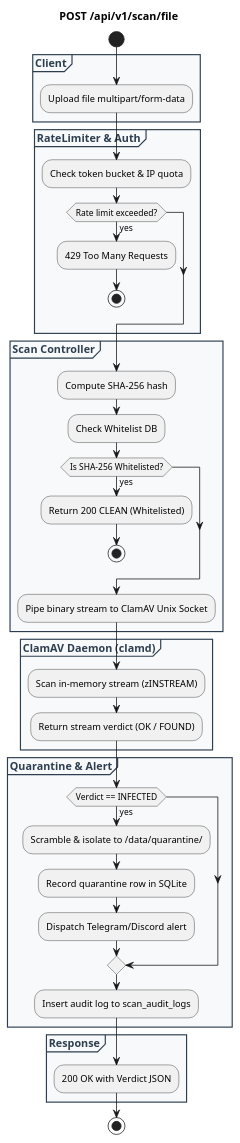
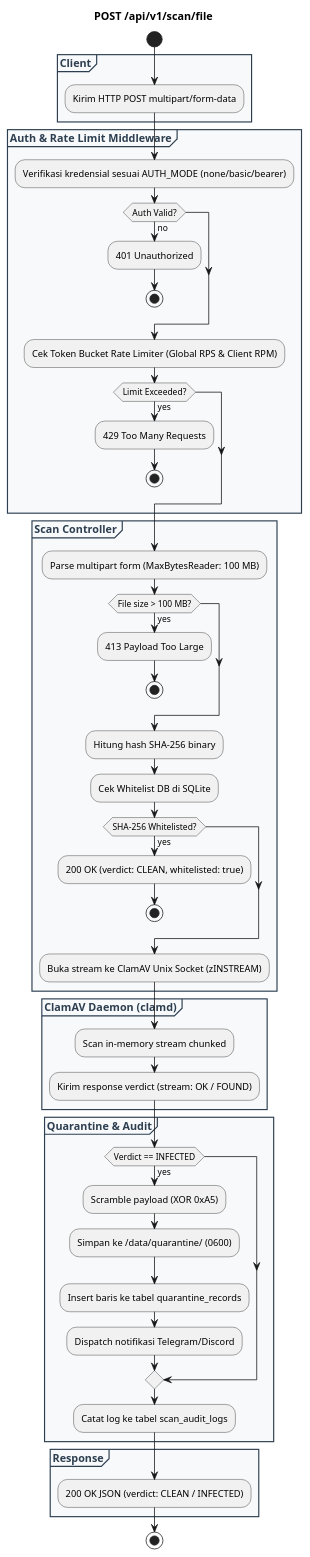
The diagram in .ai-doc/rest-api-doc/API-SPEC-01-POST-+api+v1+scan+file.md (vfat/vqf-clamav-service), drawn with PlantUML before and after one commit. The commit also changed other lines of this file and 15 other files, not shown here.

````diff
--- a/.ai-doc/rest-api-doc/API-SPEC-01-POST-+api+v1+scan+file.md
+++ b/.ai-doc/rest-api-doc/API-SPEC-01-POST-+api+v1+scan+file.md
@@ -13,56 +13,67 @@
 ```plantuml
 @startuml
 skinparam shadowing false
 skinparam partition {
     BackgroundColor #F8F9FA
     BorderColor #2C3E50
     FontColor #2C3E50
 }
 
 title **POST /api/v1/scan/file**
 
 start
 
 partition "**Client**" {
-    :Upload file multipart/form-data;
+    :Kirim HTTP POST multipart/form-data;
 }
 
-partition "**RateLimiter & Auth**" {
-    :Check token bucket & IP quota;
-    if (Rate limit exceeded?) then (yes)
+partition "**Auth & Rate Limit Middleware**" {
+    :Verifikasi kredensial sesuai AUTH_MODE (none/basic/bearer);
+    if (Auth Valid?) then (no)
+        :401 Unauthorized;
+        stop
+    endif
+    :Cek Token Bucket Rate Limiter (Global RPS & Client RPM);
+    if (Limit Exceeded?) then (yes)
         :429 Too Many Requests;
         stop
     endif
 }
 
 partition "**Scan Controller**" {
-    :Compute SHA-256 hash;
-    :Check Whitelist DB;
-    if (Is SHA-256 Whitelisted?) then (yes)
-        :Return 200 CLEAN (Whitelisted);
+    :Parse multipart form (MaxBytesReader: 100 MB);
+    if (File size > 100 MB?) then (yes)
+        :413 Payload Too Large;
         stop
     endif
-    :Pipe binary stream to ClamAV Unix Socket;
+    :Hitung hash SHA-256 binary;
+    :Cek Whitelist DB di SQLite;
+    if (SHA-256 Whitelisted?) then (yes)
+        :200 OK (verdict: CLEAN, whitelisted: true);
+        stop
+    endif
+    :Buka stream ke ClamAV Unix Socket (zINSTREAM);
 }
 
 partition "**ClamAV Daemon (clamd)**" {
-    :Scan in-memory stream (zINSTREAM);
-    :Return stream verdict (OK / FOUND);
+    :Scan in-memory stream chunked;
+    :Kirim response verdict (stream: OK / FOUND);
 }
 
-partition "**Quarantine & Alert**" {
+partition "**Quarantine & Audit**" {
     if (Verdict == INFECTED) then (yes)
-        :Scramble & isolate to /data/quarantine/;
-        :Record quarantine row in SQLite;
-        :Dispatch Telegram/Discord alert;
+        :Scramble payload (XOR 0xA5);
+        :Simpan ke /data/quarantine/ (0600);
+        :Insert baris ke tabel quarantine_records;
+        :Dispatch notifikasi Telegram/Discord;
     endif
-    :Insert audit log to scan_audit_logs;
+    :Catat log ke tabel scan_audit_logs;
 }
 
 partition "**Response**" {
-    :200 OK with Verdict JSON;
+    :200 OK JSON (verdict: CLEAN / INFECTED);
 }
 
 stop
 @enduml
 ```
````
